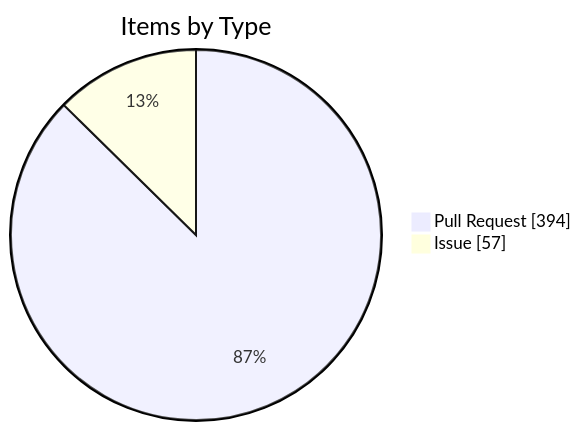
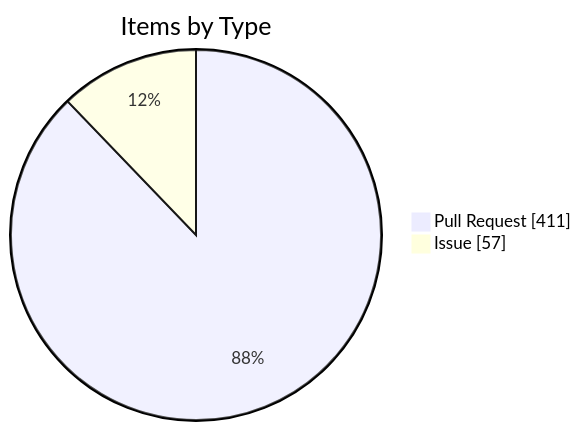
One commit to KBVE/kbve changed the fourth of 4 diagrams in apps/kbve/astro-kbve/src/content/docs/dashboard/kanban-data.mdx. Above: the diagram before and after it, drawn with Mermaid. The commit also changed other lines of this file and 8 other files, not shown here.

````diff
--- a/apps/kbve/astro-kbve/src/content/docs/dashboard/kanban-data.mdx
+++ b/apps/kbve/astro-kbve/src/content/docs/dashboard/kanban-data.mdx
@@ -116,6 +116,6 @@
 ```mermaid
 pie showData
     title Items by Type
-    "Pull Request" : 394
+    "Pull Request" : 411
     "Issue" : 57
 ```
````
